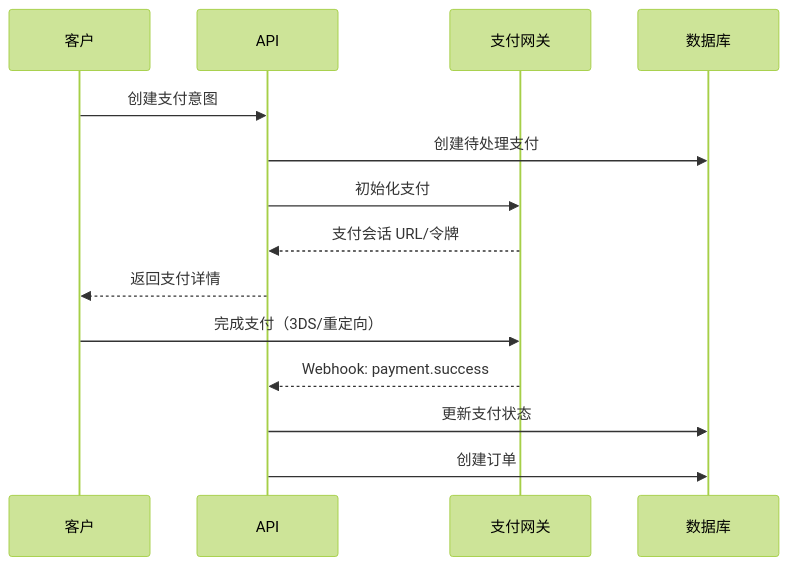
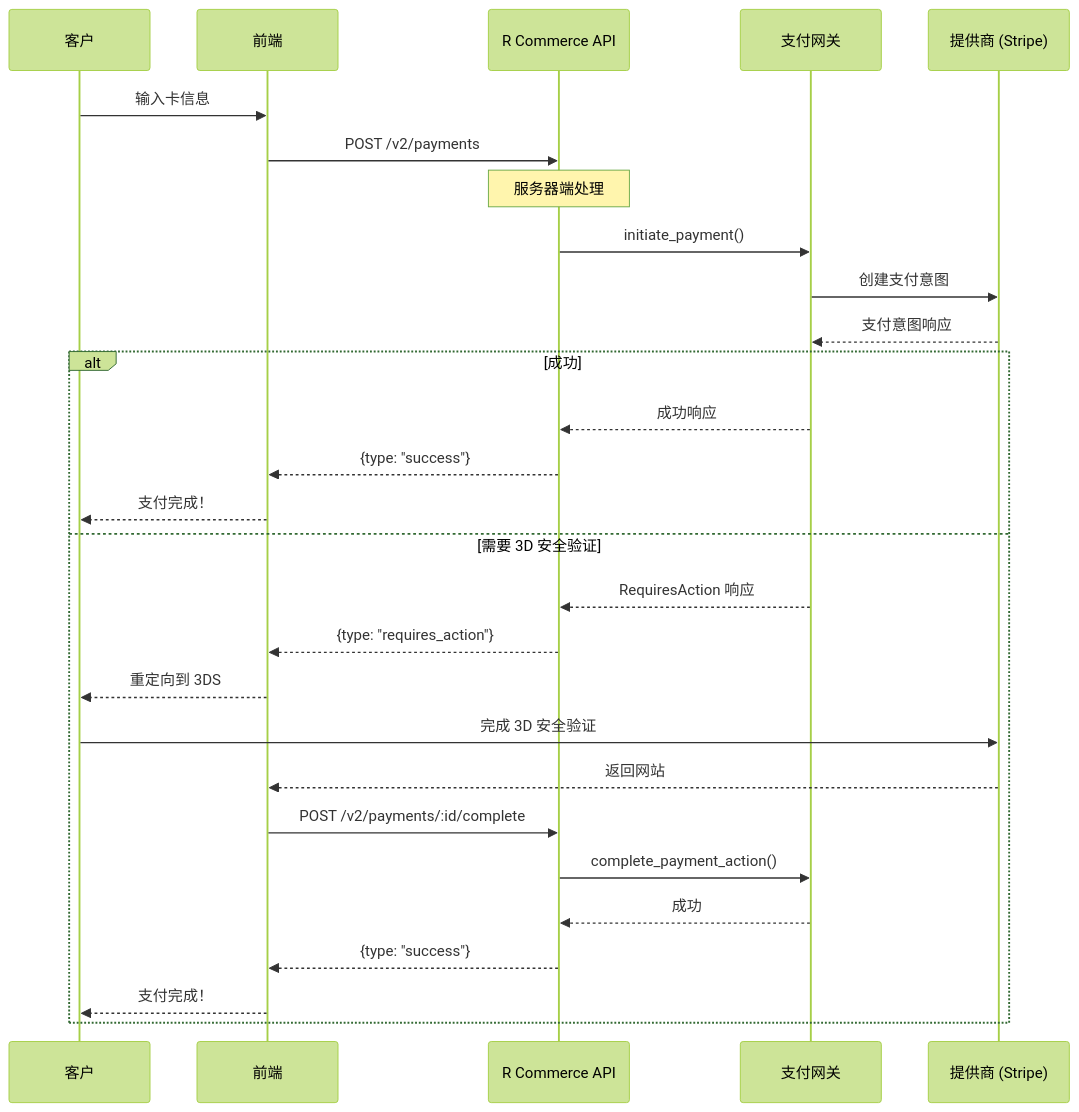
The diagram in docs-website/docs/payment-gateways/index.zh.md (creativebastard/rcommerce), drawn with Mermaid (forest theme) before and after one commit. The commit also changed other lines of this file and 8 other files, not shown here.

````diff
--- a/docs-website/docs/payment-gateways/index.zh.md
+++ b/docs-website/docs/payment-gateways/index.zh.md
@@ -66,17 +98,32 @@
 ```mermaid
 sequenceDiagram
     participant C as 客户
-    participant A as API
+    participant F as 前端
+    participant A as R Commerce API
     participant PG as 支付网关
-    participant DB as 数据库
+    participant P as 提供商 (Stripe)
     
-    C->>A: 创建支付意图
-    A->>DB: 创建待处理支付
-    A->>PG: 初始化支付
-    PG-->>A: 支付会话 URL/令牌
-    A-->>C: 返回支付详情
-    C->>PG: 完成支付（3DS/重定向）
-    PG-->>A: Webhook: payment.success
-    A->>DB: 更新支付状态
-    A->>DB: 创建订单
+    C->>F: 输入卡信息
+    F->>A: POST /v2/payments
+    Note over A: 服务器端处理
+    A->>PG: initiate_payment()
+    PG->>P: 创建支付意图
+    P-->>PG: 支付意图响应
+    
+    alt 成功
+        PG-->>A: 成功响应
+        A-->>F: {type: "success"}
+        F-->>C: 支付完成！
+    else 需要 3D 安全验证
+        PG-->>A: RequiresAction 响应
+        A-->>F: {type: "requires_action"}
+        F-->>C: 重定向到 3DS
+        C->>P: 完成 3D 安全验证
+        P-->>F: 返回网站
+        F->>A: POST /v2/payments/:id/complete
+        A->>PG: complete_payment_action()
+        PG-->>A: 成功
+        A-->>F: {type: "success"}
+        F-->>C: 支付完成！
+    end
 ```
````
